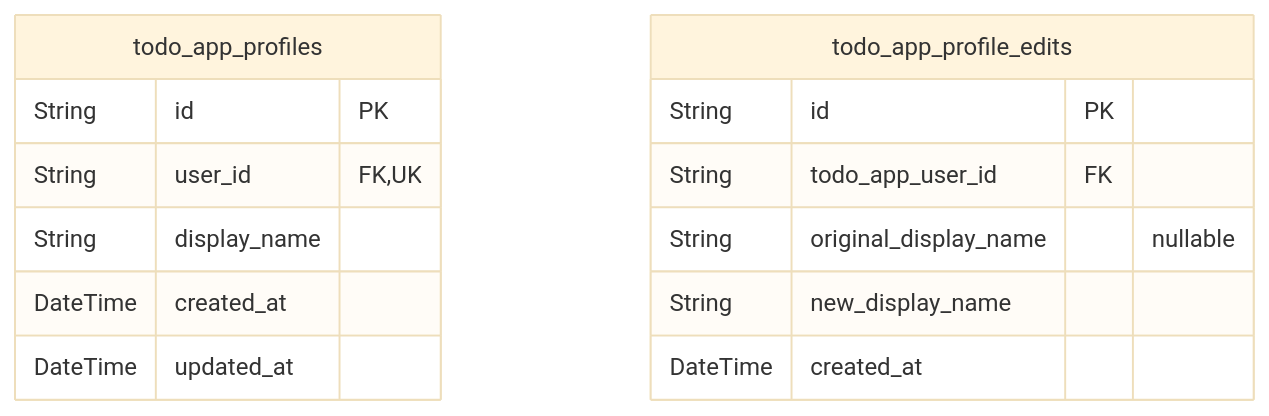
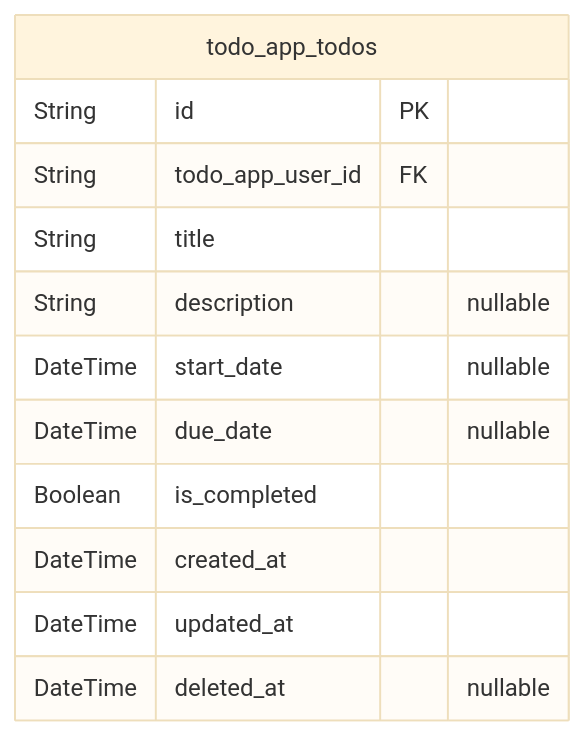
Before and after one commit to wrtnlabs/autobe-examples: the third of 4 diagrams in qwen/qwen3-next-80b-a3b-instruct/todo/docs/ERD.md, drawn with Mermaid (base theme). The commit also changed other lines of this file and 25939 other files, not shown here.

````diff
--- a/qwen/qwen3-next-80b-a3b-instruct/todo/docs/ERD.md
+++ b/qwen/qwen3-next-80b-a3b-instruct/todo/docs/ERD.md
@@ -194,17 +185,15 @@
 ```mermaid
 erDiagram
-"todo_app_profiles" {
+"todo_app_todos" {
   String id PK
-  String user_id FK,UK
-  String display_name
+  String todo_app_user_id FK
+  String title
+  String description "nullable"
+  DateTime start_date "nullable"
+  DateTime due_date "nullable"
+  Boolean is_completed
   DateTime created_at
   DateTime updated_at
-}
-"todo_app_profile_edits" {
-  String id PK
-  String todo_app_user_id FK
-  String original_display_name "nullable"
-  String new_display_name
-  DateTime created_at
+  DateTime deleted_at "nullable"
 }
 ```
````
